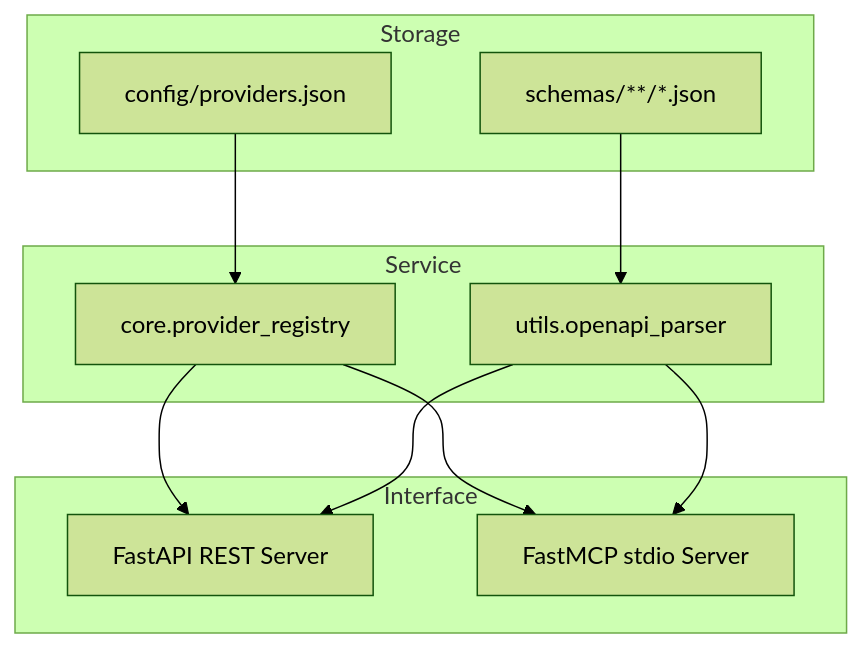
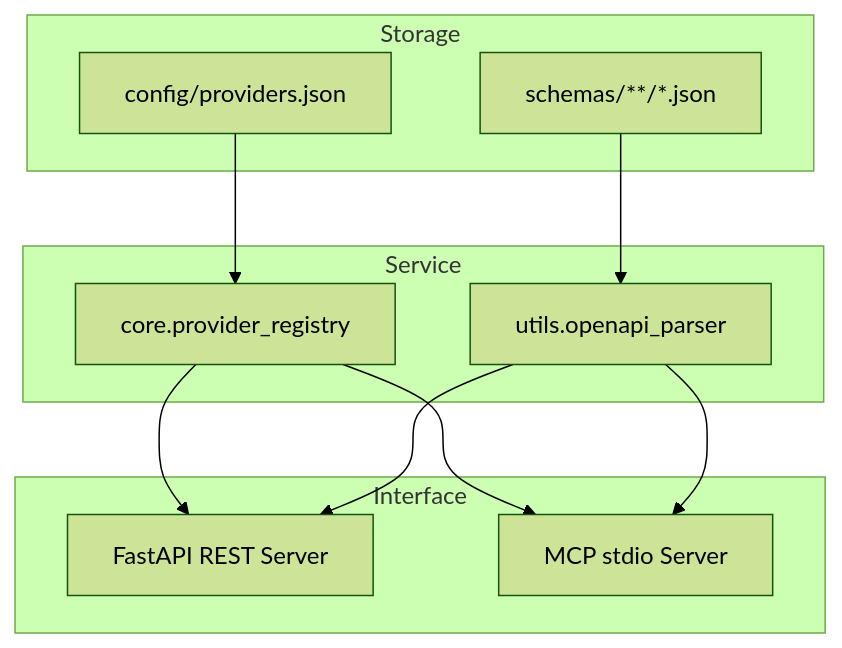
Before and after one commit to romankurnovskii/apina: the diagram in docs/ARCHITECTURE.md, drawn with Mermaid (forest theme). The commit also changed other lines of this file and 2 other files, not shown here.

Commit message:
feat: migrate MCP server to SDK v2

````diff
--- a/docs/ARCHITECTURE.md
+++ b/docs/ARCHITECTURE.md
@@ -5,24 +5,24 @@
 ```mermaid
 graph TD
     subgraph Storage
         P[config/providers.json]
         S[schemas/**/*.json]
     end
 
     subgraph Service
         PR[core.provider_registry]
         OP[utils.openapi_parser]
     end
 
     subgraph Interface
         FA[FastAPI REST Server]
-        MC[FastMCP stdio Server]
+        MC[MCP stdio Server]
     end
 
     P --> PR
     S --> OP
     PR --> FA
     OP --> FA
     PR --> MC
     OP --> MC
 ```
````
